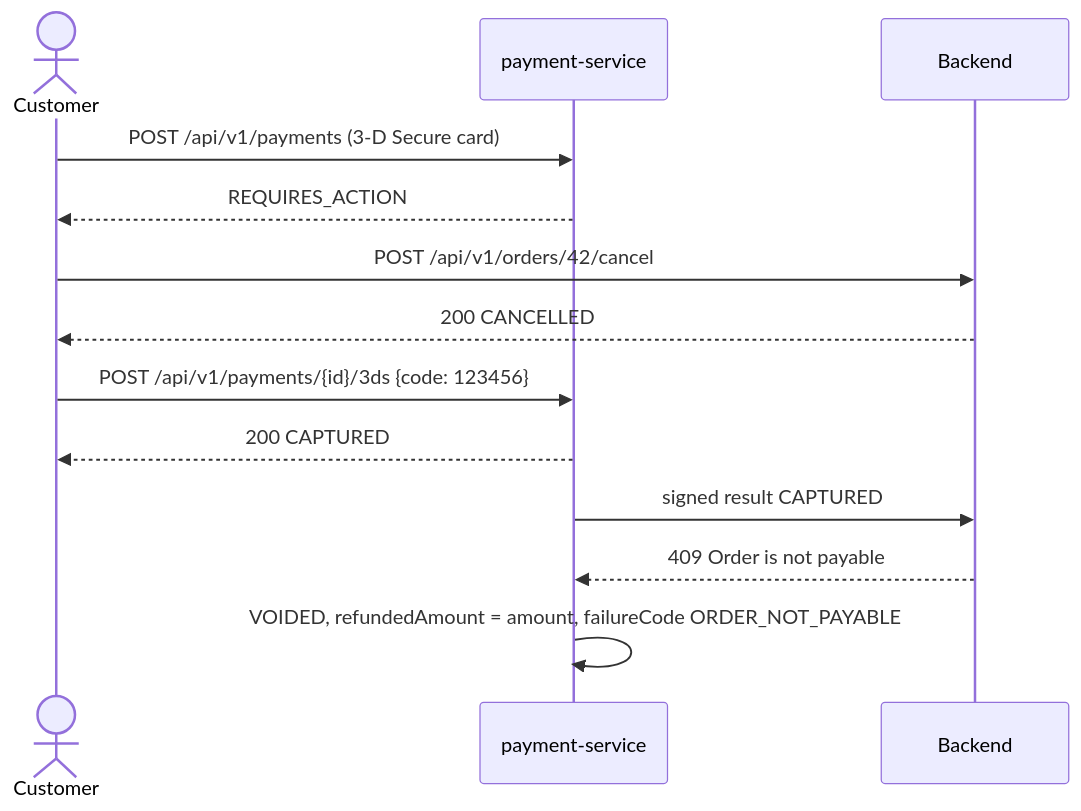
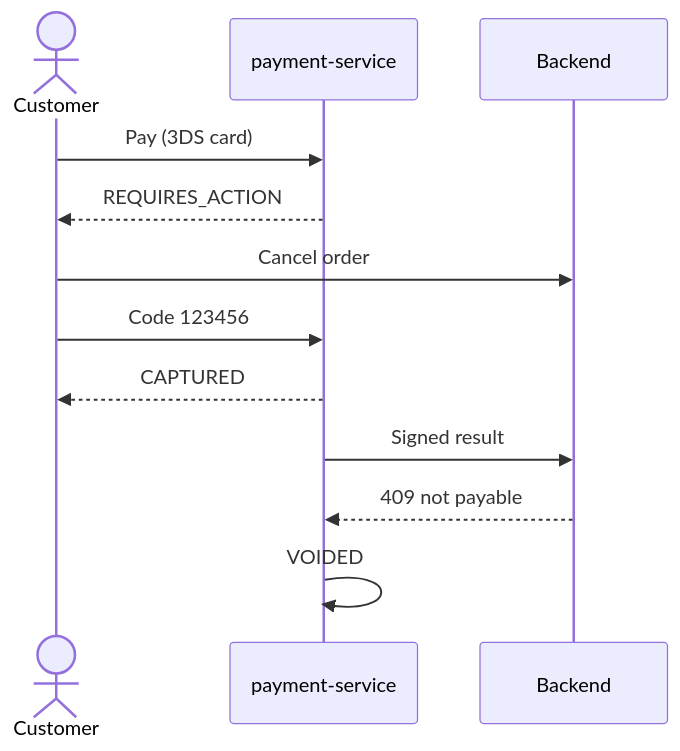
The fourth of 4 diagrams in docs-site/docs/flows/payments.md (slawekradzyminski/awesome-localstack), drawn with Mermaid before and after one commit. The commit also changed other lines of this file and 27 other files, not shown here.

First line of the commit message:
Fix unrendered wiki diagrams and make every diagram readable

````diff
--- a/docs-site/docs/flows/payments.md
+++ b/docs-site/docs/flows/payments.md
@@ -148,15 +142,14 @@
 ```mermaid
 sequenceDiagram
     actor C as Customer
     participant P as payment-service
     participant B as Backend
-    C->>P: POST /api/v1/payments (3-D Secure card)
+    C->>P: Pay (3DS card)
     P-->>C: REQUIRES_ACTION
-    C->>B: POST /api/v1/orders/42/cancel
-    B-->>C: 200 CANCELLED
-    C->>P: POST /api/v1/payments/{id}/3ds {code: 123456}
-    P-->>C: 200 CAPTURED
-    P->>B: signed result CAPTURED
-    B-->>P: 409 Order is not payable
-    P->>P: VOIDED, refundedAmount = amount, failureCode ORDER_NOT_PAYABLE
+    C->>B: Cancel order
+    C->>P: Code 123456
+    P-->>C: CAPTURED
+    P->>B: Signed result
+    B-->>P: 409 not payable
+    P->>P: VOIDED
 ```
````
